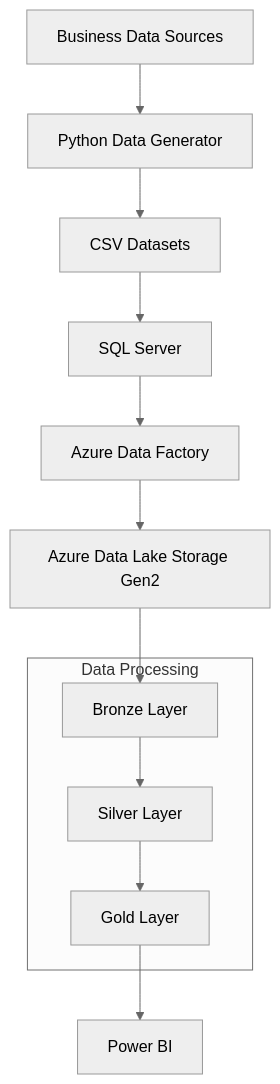
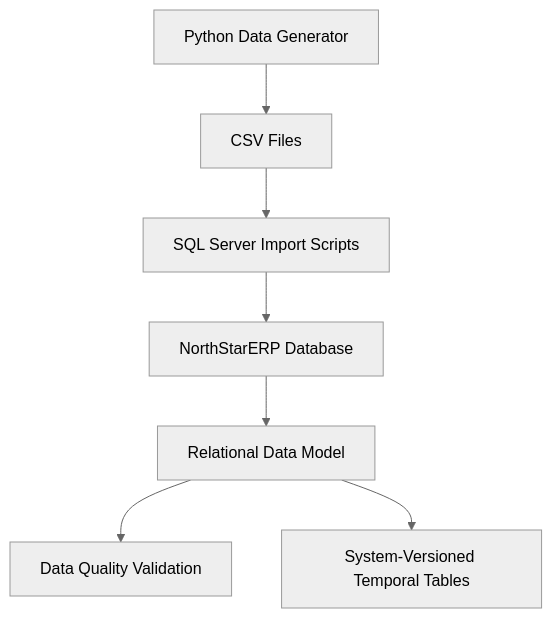
The diagram in README.md (Gezzus1703/LogiCore), drawn with Mermaid (neutral theme) before and after one commit. The commit also changed other lines of this file, not shown here.

````diff
--- a/README.md
+++ b/README.md
@@ -33,18 +31,9 @@
 ``` mermaid
 flowchart TD
-    A["Business Data Sources"] --> B["Python Data Generator"]
-    B --> C["CSV Datasets"]
-    C --> D["SQL Server"]
-    D --> E["Azure Data Factory"]
-    E --> F["Azure Data Lake Storage Gen2"]
-    F --> G["Bronze Layer"]
-    G --> H["Silver Layer"]
-    H --> I["Gold Layer"]
-    I --> J["Power BI"]
-
-    subgraph Processing["Data Processing"]
-        G
-        H
-        I
-    end
+    A[Python Data Generator] --> B[CSV Files]
+    B --> C[SQL Server Import Scripts]
+    C --> D[NorthStarERP Database]
+    D --> E[Relational Data Model]
+    E --> F[Data Quality Validation]
+    E --> G[System-Versioned Temporal Tables]
 ```
````
